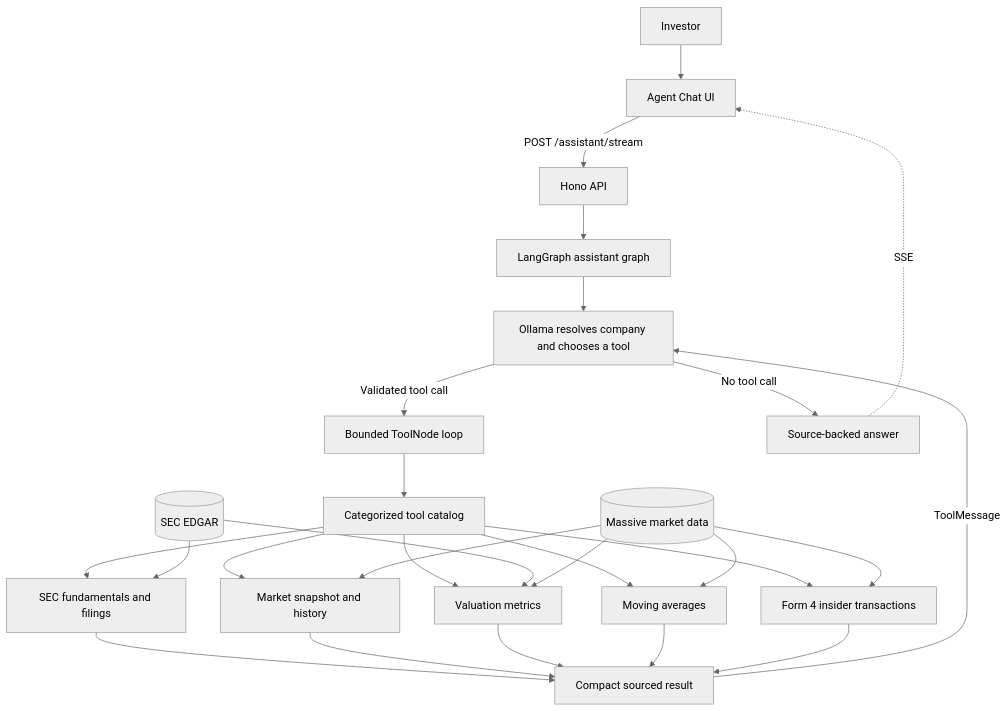
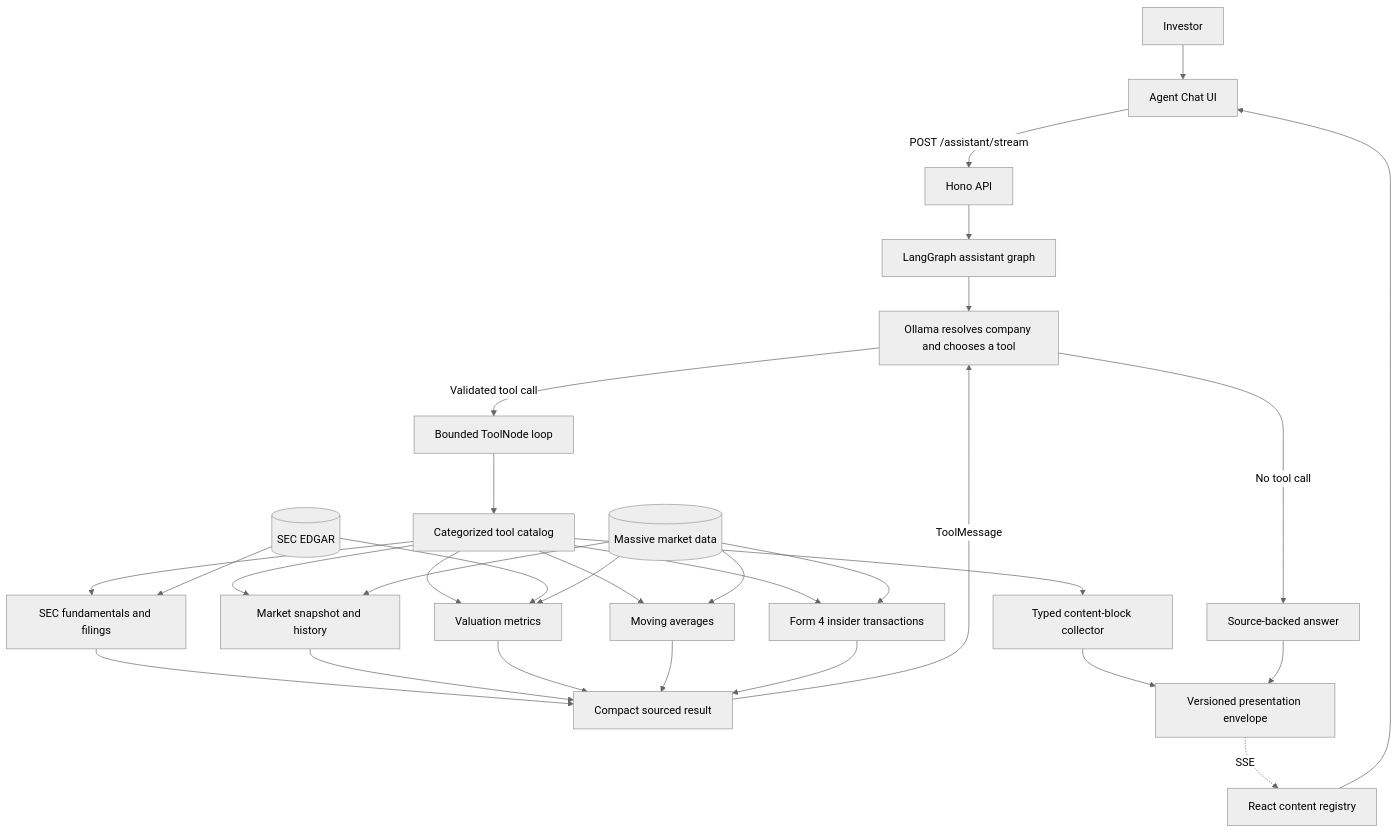
The second of 2 diagrams in docs/ARCHITECTURE.md (YuFanDeng/investment-research-committee), drawn with Mermaid (neutral theme) before and after one commit. The commit also changed other lines of this file and 36 other files, not shown here.

````diff
--- a/docs/ARCHITECTURE.md
+++ b/docs/ARCHITECTURE.md
@@ -42,28 +42,32 @@
 ```mermaid
 flowchart TB
     User[Investor] --> UI[Agent Chat UI]
     UI -->|POST /assistant/stream| API[Hono API]
     API --> Graph[LangGraph assistant graph]
     Graph --> Model[Ollama resolves company and chooses a tool]
     Model -->|Validated tool call| ToolNode[Bounded ToolNode loop]
     ToolNode --> Catalog[Categorized tool catalog]
     Catalog --> SECtools[SEC fundamentals and filings]
     Catalog --> MarketTools[Market snapshot and history]
     Catalog --> ValuationTools[Valuation metrics]
     Catalog --> TechnicalTools[Moving averages]
     Catalog --> OwnershipTools[Form 4 insider transactions]
     SEC[(SEC EDGAR)] --> SECtools
     Massive[(Massive market data)] --> MarketTools
     SEC --> ValuationTools
     Massive --> ValuationTools
     Massive --> TechnicalTools
     Massive --> OwnershipTools
     SECtools --> Result[Compact sourced result]
     MarketTools --> Result
     ValuationTools --> Result
     TechnicalTools --> Result
     OwnershipTools --> Result
     Result -->|ToolMessage| Model
     Model -->|No tool call| Answer[Source-backed answer]
-    Answer -. SSE .-> UI
+    Catalog --> Artifacts[Typed content-block collector]
+    Artifacts --> Envelope[Versioned presentation envelope]
+    Answer --> Envelope
+    Envelope -. SSE .-> Registry[React content registry]
+    Registry --> UI
 ```
````
